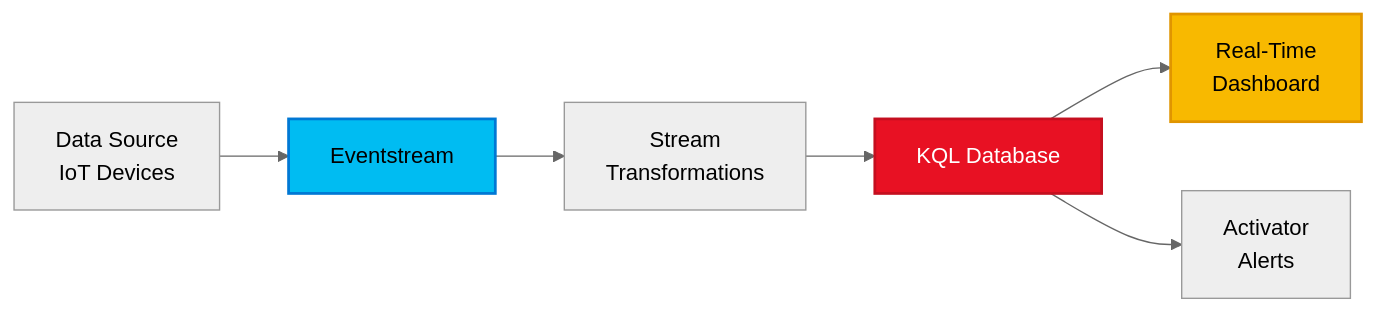
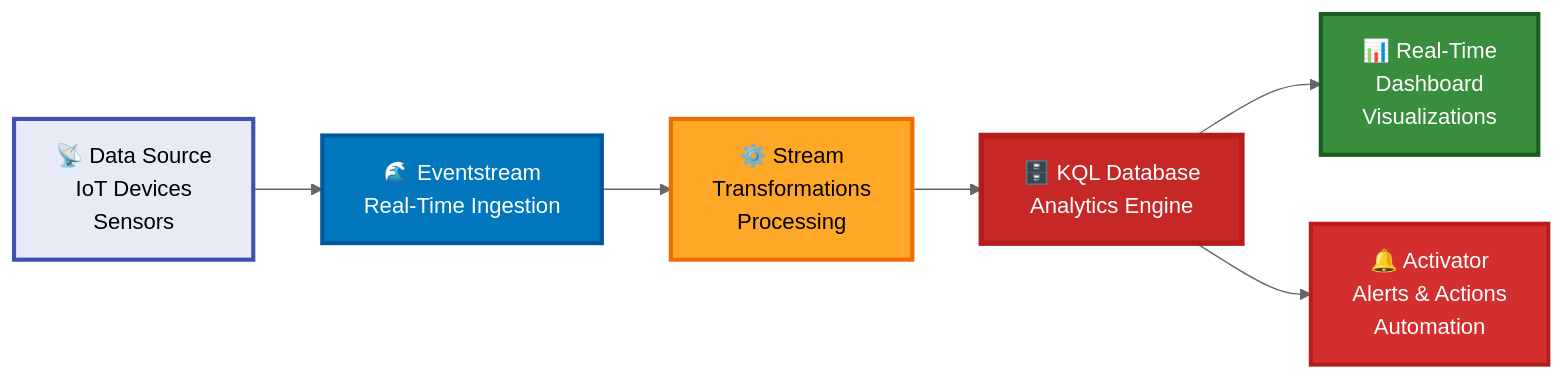
Before and after one commit to shantha05/2026-SQL-Saturday-Atlanta-AI-BI-PreCon: the fourth of 4 diagrams in 02-Architecture/Lab-02-Architecture.md, drawn with Mermaid (neutral theme). The commit also changed other lines of this file and 2 other files, not shown here.

Commit message:
Updated Architecture Diagrams

````diff
--- a/02-Architecture/Lab-02-Architecture.md
+++ b/02-Architecture/Lab-02-Architecture.md
@@ -209,12 +248,22 @@
 ```mermaid
 graph LR
-    SOURCE[Data Source<br/>IoT Devices] --> STREAM[Eventstream]
-    STREAM --> TRANSFORM[Stream<br/>Transformations]
-    TRANSFORM --> KQL[KQL Database]
-    KQL --> DASH[Real-Time<br/>Dashboard]
-    KQL --> ALERTS[Activator<br/>Alerts]
+    SOURCE["📡 Data Source<br/>IoT Devices<br/>Sensors"]
+    STREAM["🌊 Eventstream<br/>Real-Time Ingestion"]
+    TRANSFORM["⚙️ Stream<br/>Transformations<br/>Processing"]
+    KQL["🗄️ KQL Database<br/>Analytics Engine"]
+    DASH["📊 Real-Time<br/>Dashboard<br/>Visualizations"]
+    ALERTS["🔔 Activator<br/>Alerts & Actions<br/>Automation"]
+    
+    SOURCE --> STREAM
+    STREAM --> TRANSFORM
+    TRANSFORM --> KQL
+    KQL --> DASH
+    KQL --> ALERTS
 
-    style STREAM fill:#00bcf2,stroke:#0078d4,stroke-width:2px
-    style KQL fill:#e81123,stroke:#c50f1f,stroke-width:2px,color:#fff
-    style DASH fill:#f8b900,stroke:#e09500,stroke-width:2px
+    style SOURCE fill:#E8EAF6,stroke:#3F51B5,stroke-width:3px,color:#000
+    style STREAM fill:#0277BD,stroke:#01579B,stroke-width:3px,color:#fff
+    style TRANSFORM fill:#FFA726,stroke:#EF6C00,stroke-width:3px,color:#000
+    style KQL fill:#C62828,stroke:#B71C1C,stroke-width:4px,color:#fff
+    style DASH fill:#388E3C,stroke:#1B5E20,stroke-width:3px,color:#fff
+    style ALERTS fill:#D32F2F,stroke:#B71C1C,stroke-width:3px,color:#fff
 ```
````
